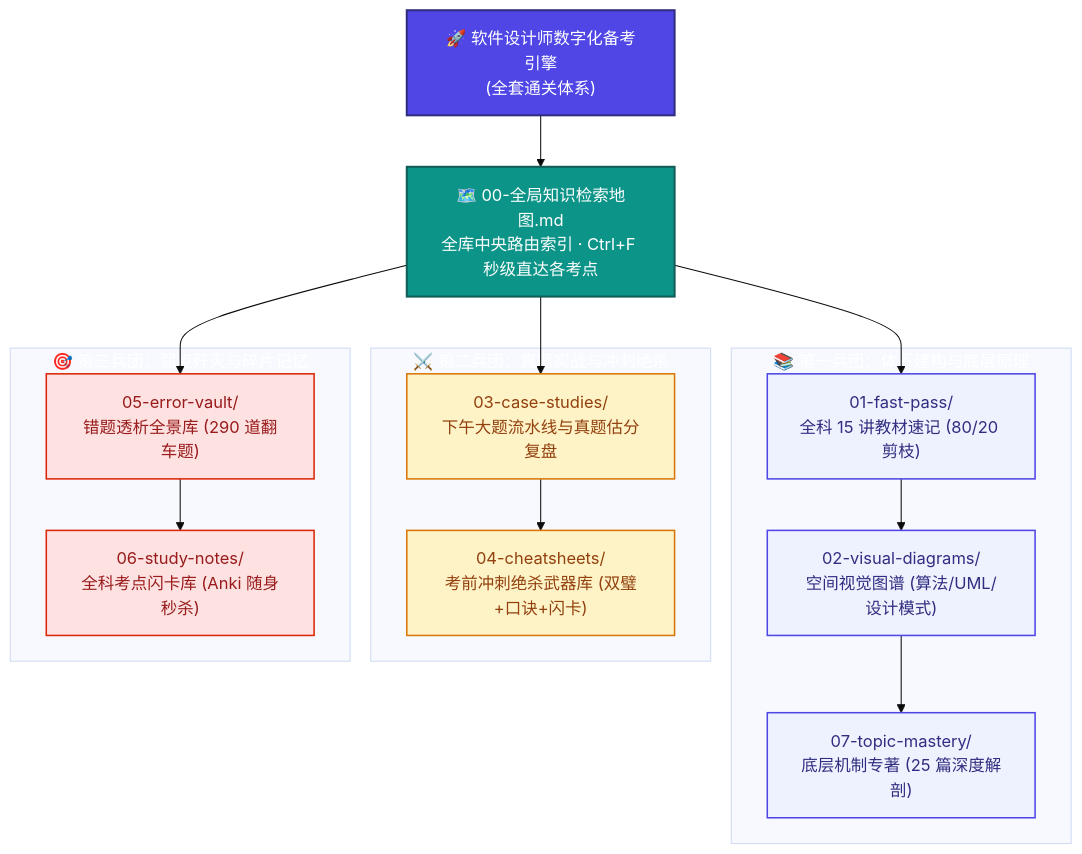
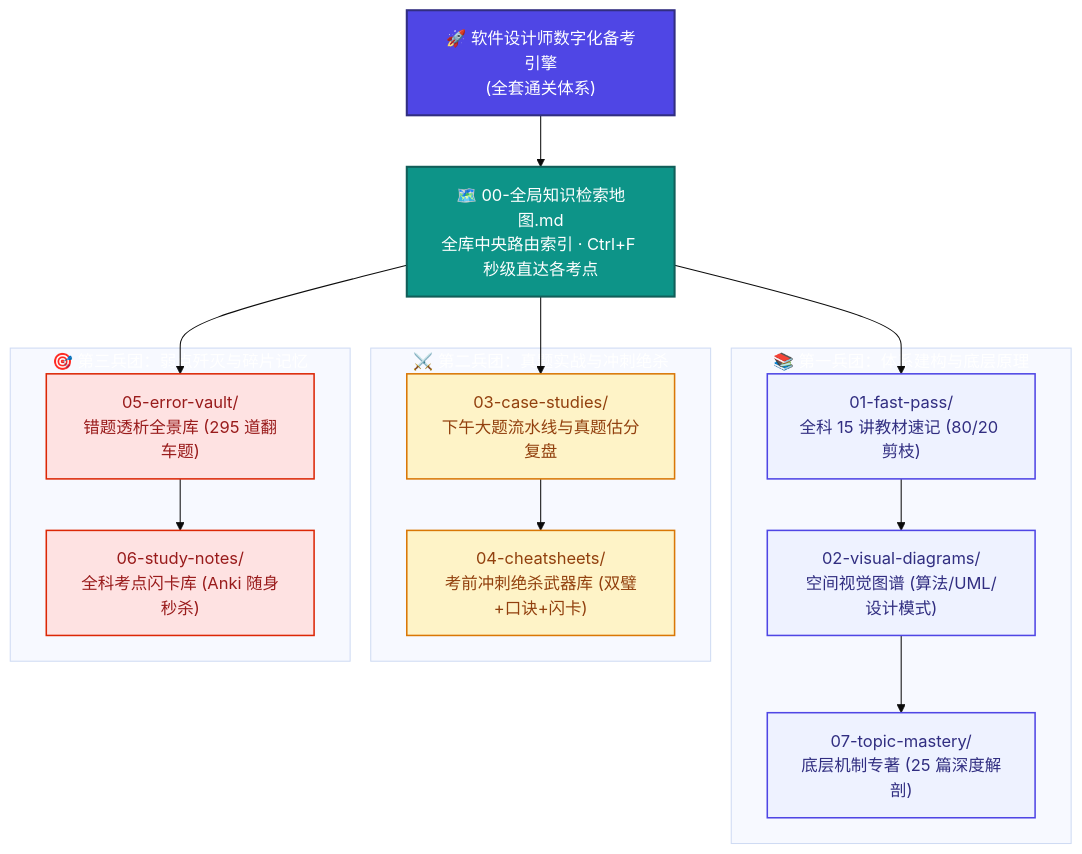
The diagram in README.md (cpsa3/software-designer-fast-pass), drawn with Mermaid (base theme) before and after one commit. The commit also changed other lines of this file and 2 other files, not shown here.

Commit message:
docs(error-vault): 归档错题291~295(分页逻辑地址位域切分/知识产权时间性/Dijkstra单源最短路/链表插入复杂度/构建初始堆复杂度)

````diff
--- a/README.md
+++ b/README.md
@@ -70,36 +70,36 @@
 ```mermaid
 flowchart TD
     classDef root fill:#4F46E5,stroke:#312E81,stroke-width:2px,color:#fff
     classDef hub fill:#0D9488,stroke:#115E59,stroke-width:2px,color:#fff
     classDef base fill:#EEF2FF,stroke:#4F46E5,stroke-width:1.5px,color:#312E81
     classDef exam fill:#FEF3C7,stroke:#D97706,stroke-width:1.5px,color:#92400E
     classDef vault fill:#FEE2E2,stroke:#DC2706,stroke-width:1.5px,color:#991B1B
 
     Root["🚀 软件设计师数字化备考引擎<br>(全套通关体系)"]:::root
     Map["🗺️ 00-全局知识检索地图.md<br>全库中央路由索引 · Ctrl+F 秒级直达各考点"]:::hub
 
     Root --> Map
 
     subgraph G1["📚 第一兵团：体系建构与底层原理"]
         M1["01-fast-pass/<br>全科 15 讲教材速记 (80/20 剪枝)"]:::base
         M2["02-visual-diagrams/<br>空间视觉图谱 (算法/UML/设计模式)"]:::base
         M7["07-topic-mastery/<br>底层机制专著 (25 篇深度解剖)"]:::base
         M1 --> M2 --> M7
     end
 
     subgraph G2["⚔️ 第二兵团：真题实战与冲刺绝杀"]
         M3["03-case-studies/<br>下午大题流水线与真题估分复盘"]:::exam
         M4["04-cheatsheets/<br>考前冲刺绝杀武器库 (双璧+口诀+闪卡)"]:::exam
         M3 --> M4
     end
 
     subgraph G3["🎯 第三兵团：弱点歼灭与碎片记忆"]
-        M5["05-error-vault/<br>错题透析全景库 (290 道翻车题)"]:::vault
+        M5["05-error-vault/<br>错题透析全景库 (295 道翻车题)"]:::vault
         M6["06-study-notes/<br>全科考点闪卡库 (Anki 随身秒杀)"]:::vault
         M5 --> M6
     end
 
     Map --> M1
     Map --> M3
     Map --> M5
 ```
````
